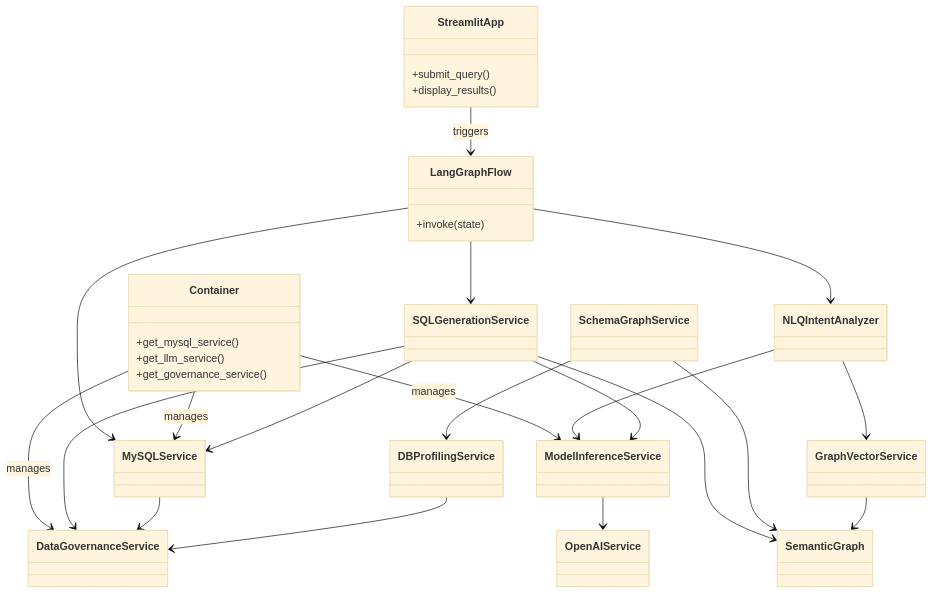
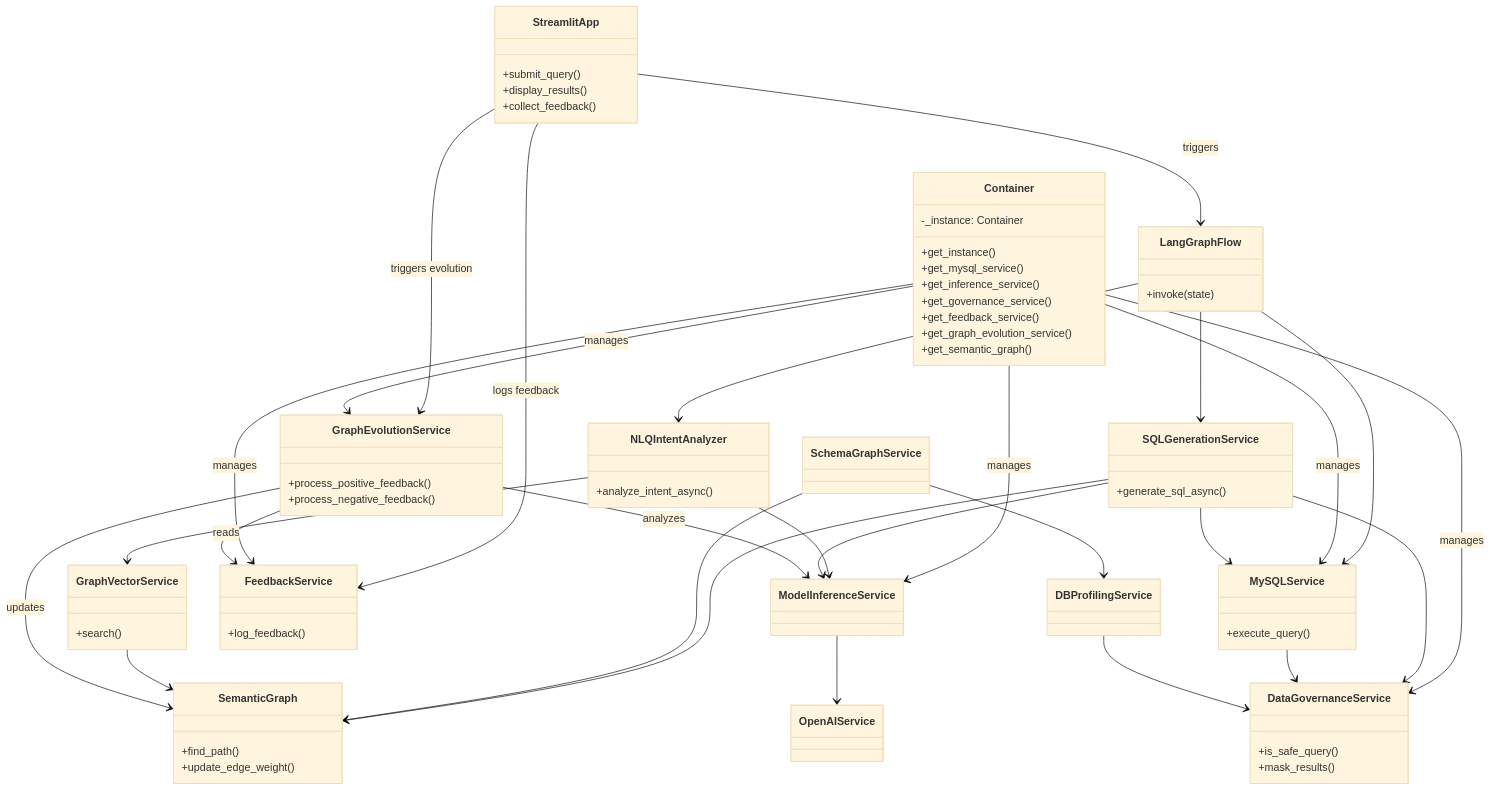
One commit to Project-7283/project-nlq0 changed the second of 5 diagrams in docs/architecture.md. Above: the diagram before and after it, drawn with Mermaid (base theme). The commit also changed other lines of this file and 39 other files, not shown here.

Commit message:
updated flow with feedback loop

````diff
--- a/docs/architecture.md
+++ b/docs/architecture.md
@@ -101,27 +101,57 @@
     class StreamlitApp {
         +submit_query()
         +display_results()
+        +collect_feedback()
     }
     class LangGraphFlow {
         +invoke(state)
     }
     class Container {
+        -_instance: Container
+        +get_instance()
         +get_mysql_service()
-        +get_llm_service()
+        +get_inference_service()
         +get_governance_service()
+        +get_feedback_service()
+        +get_graph_evolution_service()
+        +get_semantic_graph()
     }
-    class NLQIntentAnalyzer
-    class SQLGenerationService
-    class MySQLService
-    class GraphVectorService
-    class DataGovernanceService
-    class SemanticGraph
+    class NLQIntentAnalyzer {
+        +analyze_intent_async()
+    }
+    class SQLGenerationService {
+        +generate_sql_async()
+    }
+    class MySQLService {
+        +execute_query()
+    }
+    class GraphVectorService {
+        +search()
+    }
+    class DataGovernanceService {
+        +is_safe_query()
+        +mask_results()
+    }
+    class SemanticGraph {
+        +find_path()
+        +update_edge_weight()
+    }
+    class FeedbackService {
+        +log_feedback()
+    }
+    class GraphEvolutionService {
+        +process_positive_feedback()
+        +process_negative_feedback()
+    }
     class ModelInferenceService
     class OpenAIService
     class SchemaGraphService
     class DBProfilingService
 
     StreamlitApp --> LangGraphFlow : triggers
+    StreamlitApp --> FeedbackService : logs feedback
+    StreamlitApp --> GraphEvolutionService : triggers evolution
+    
     LangGraphFlow --> NLQIntentAnalyzer
     LangGraphFlow --> SQLGenerationService
     LangGraphFlow --> MySQLService
@@ -129,6 +159,8 @@
     Container --> MySQLService : manages
     Container --> ModelInferenceService : manages
     Container --> DataGovernanceService : manages
+    Container --> FeedbackService : manages
+    Container --> GraphEvolutionService : manages
     
     NLQIntentAnalyzer --> GraphVectorService
     NLQIntentAnalyzer --> ModelInferenceService
@@ -146,4 +178,8 @@
     DBProfilingService --> DataGovernanceService
     
     GraphVectorService --> SemanticGraph
+    
+    GraphEvolutionService --> SemanticGraph : updates
+    GraphEvolutionService --> FeedbackService : reads
+    GraphEvolutionService --> ModelInferenceService : analyzes
 ```
````
